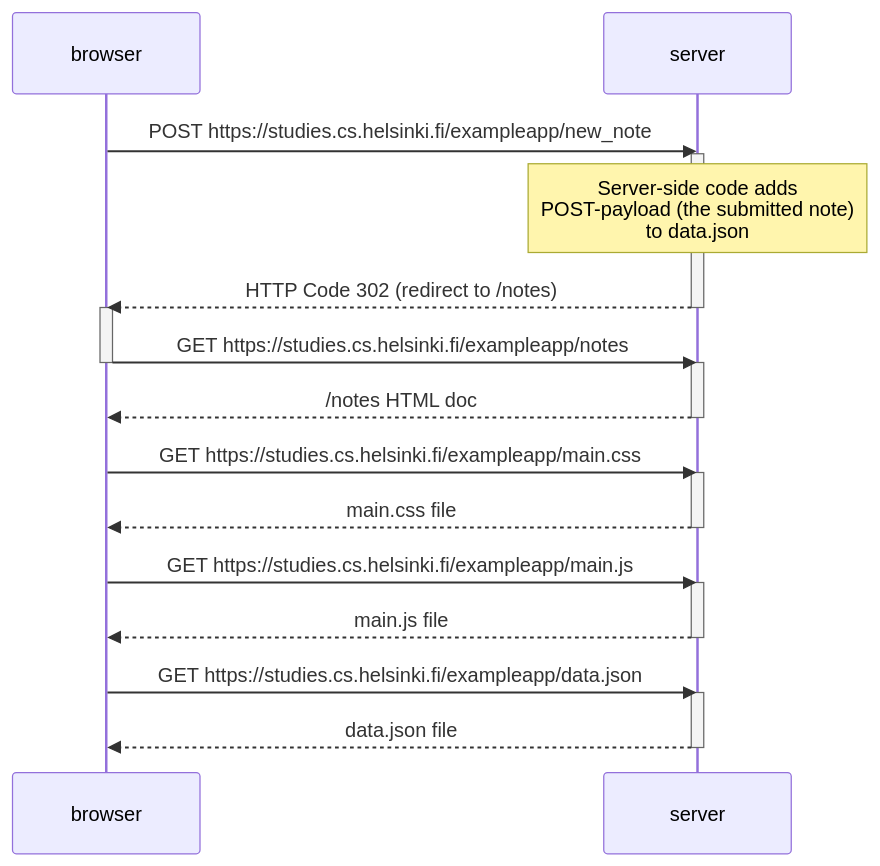
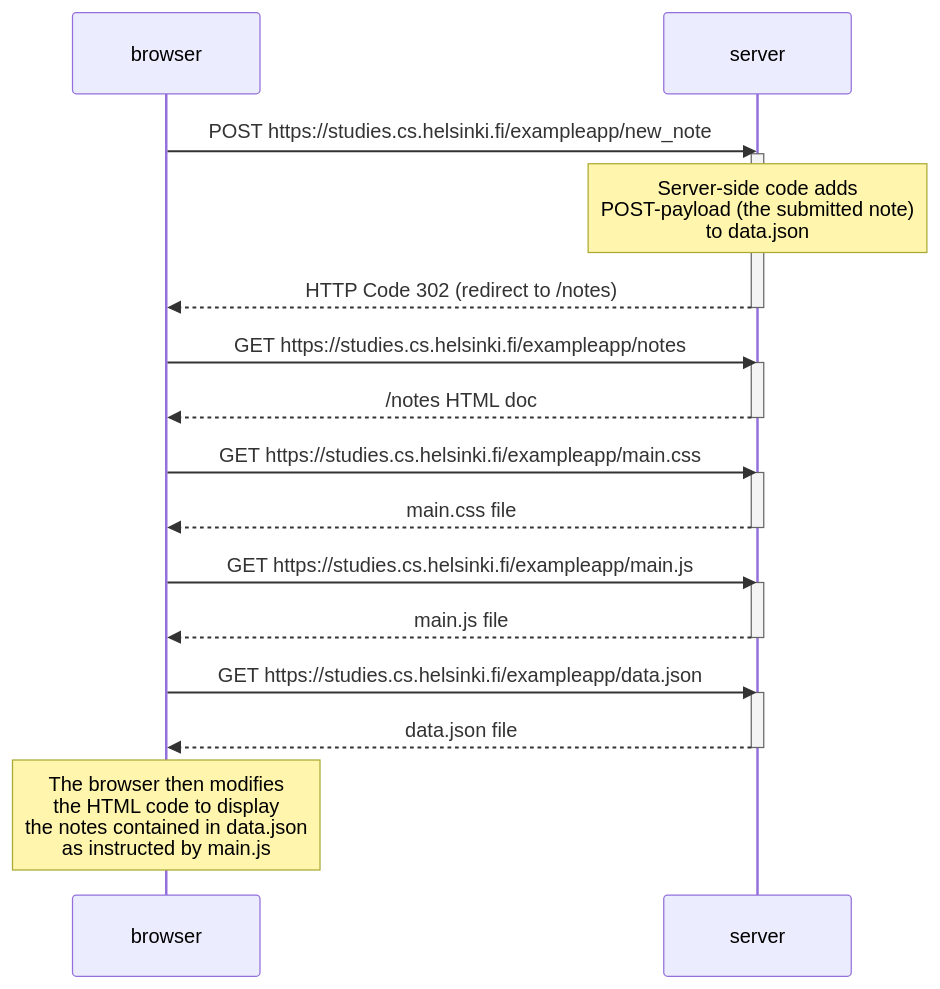
The diagram in part 0/0.4 New Note Diagram.md (LewPort/FullStackOpen), drawn with Mermaid before and after one commit. The commit also changed 2 other files, not shown here.

Commit message:
update 0.4 to include main.js instructions, create 0.5

````diff
--- a/part 0/0.4 New Note Diagram.md
+++ b/part 0/0.4 New Note Diagram.md
@@ -1,33 +1,35 @@
 ```mermaid
 sequenceDiagram
     participant browser
     participant server
 
     browser->>server:POST https://studies.cs.helsinki.fi/exampleapp/new_note
     activate server
     note over server: Server-side code adds <br/>POST-payload (the submitted note)<br/> to data.json
     server-->>browser: HTTP Code 302 (redirect to /notes)
     deactivate server
 
-    activate browser
+    
     browser->>server:GET https://studies.cs.helsinki.fi/exampleapp/notes
-    deactivate browser
     activate server
     server-->>browser: /notes HTML doc
     deactivate server
 
     browser->>server:GET https://studies.cs.helsinki.fi/exampleapp/main.css
     activate server
     server-->>browser: main.css file
     deactivate server
 
     browser->>server:GET https://studies.cs.helsinki.fi/exampleapp/main.js
     activate server
     server-->>browser: main.js file
     deactivate server
 
     browser->>server:GET https://studies.cs.helsinki.fi/exampleapp/data.json
     activate server
     server-->>browser: data.json file
     deactivate server
+
+    activate browser
+    note over browser: The browser then modifies<br/> the HTML code to display<br/> the notes contained in data.json<br/> as instructed by main.js
 ```
````
